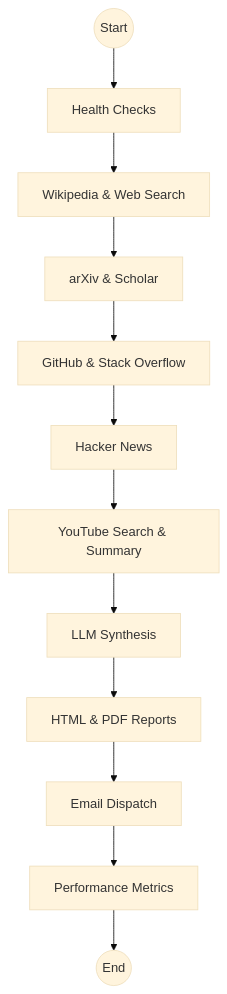
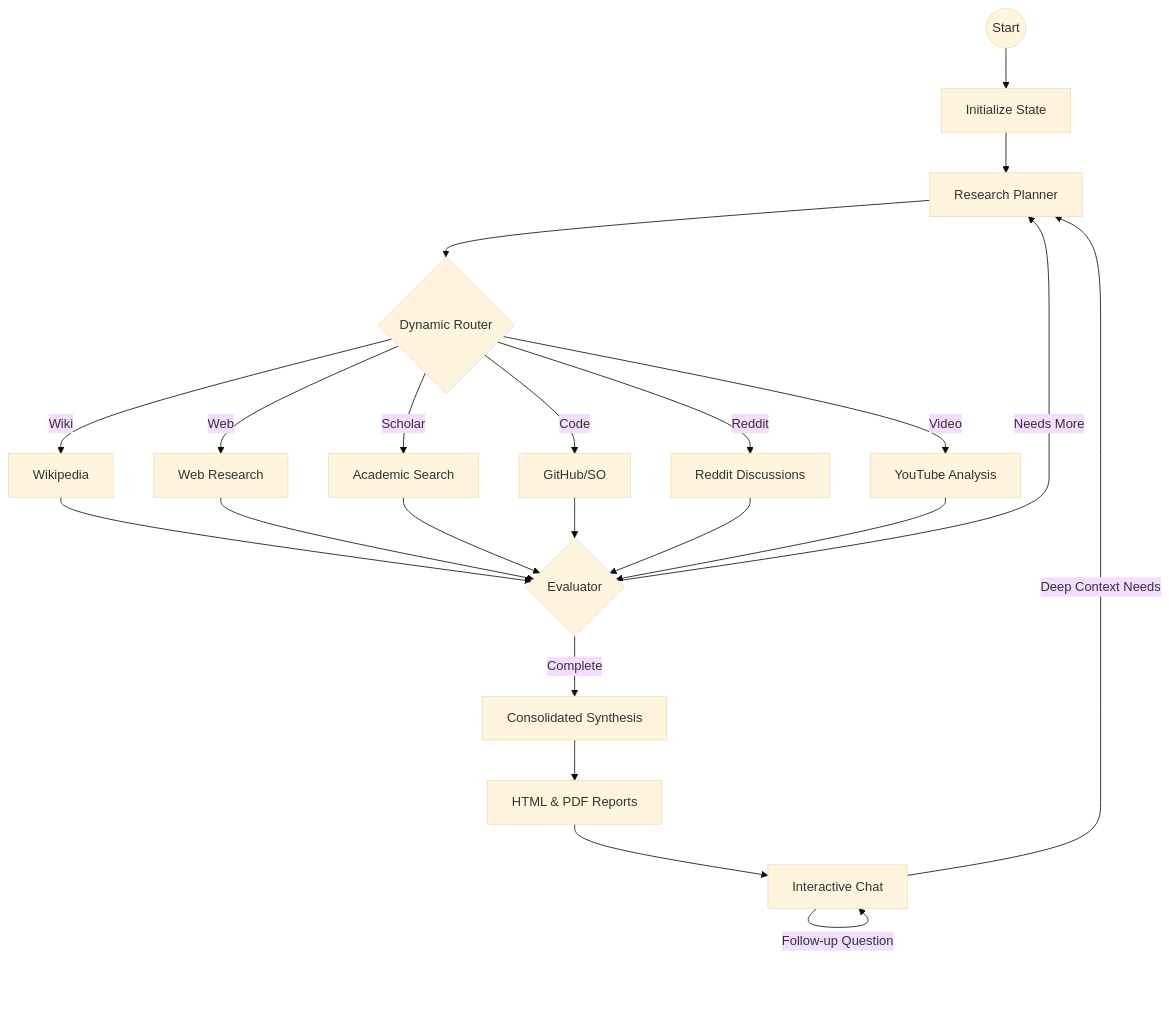
Before and after one commit to RobertoDeLaCamara/Research-Agent: the diagram in README.md, drawn with Mermaid (base theme). The commit also changed other lines of this file and 3 other files, not shown here.

````diff
--- a/README.md
+++ b/README.md
@@ -27,14 +22,22 @@
 ```mermaid
 graph TD
-    Start((Start)) --> Health[Health Checks]
-    Health --> Wiki[Wikipedia & Web Search]
-    Wiki --> Academic[arXiv & Scholar]
-    Academic --> Code[GitHub & Stack Overflow]
-    Code --> Community[Hacker News]
-    Community --> Video[YouTube Search & Summary]
-    Video --> Synthesis[LLM Synthesis]
+    Start((Start)) --> Init[Initialize State]
+    Init --> Plan[Research Planner]
+    Plan --> Router{Dynamic Router}
+    
+    Router -->|Wiki| Wiki[Wikipedia]
+    Router -->|Web| Web[Web Research]
+    Router -->|Scholar| Scholar[Academic Search]
+    Router -->|Code| Code[GitHub/SO]
+    Router -->|Reddit| Reddit[Reddit Discussions]
+    Router -->|Video| Video[YouTube Analysis]
+    
+    Wiki & Web & Scholar & Code & Reddit & Video --> Eval{Evaluator}
+    Eval -->|Needs More| Plan
+    Eval -->|Complete| Synthesis[Consolidated Synthesis]
+    
     Synthesis --> Reports[HTML & PDF Reports]
-    Reports --> Email[Email Dispatch]
-    Email --> Metrics[Performance Metrics]
-    Metrics --> End((End))
+    Reports --> Chat[Interactive Chat]
+    Chat -->|Follow-up Question| Chat
+    Chat -->|Deep Context Needs| Plan
 ```
````
